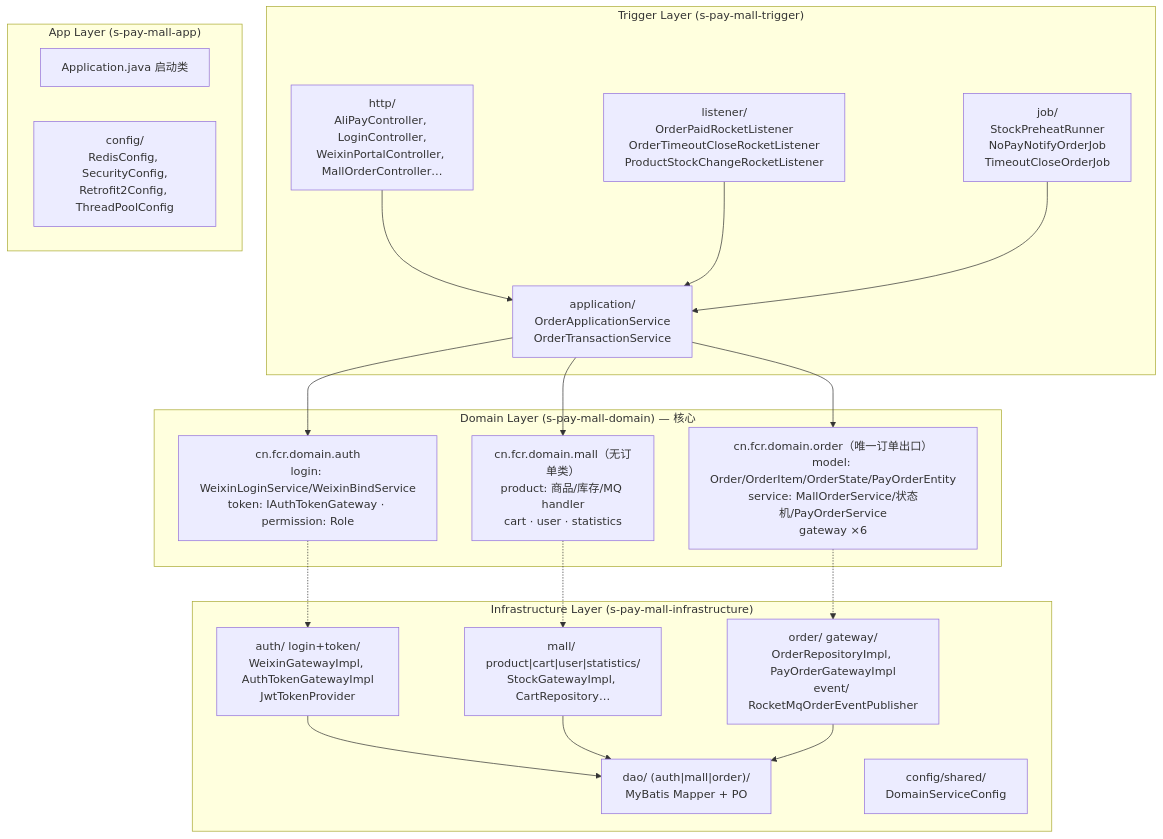
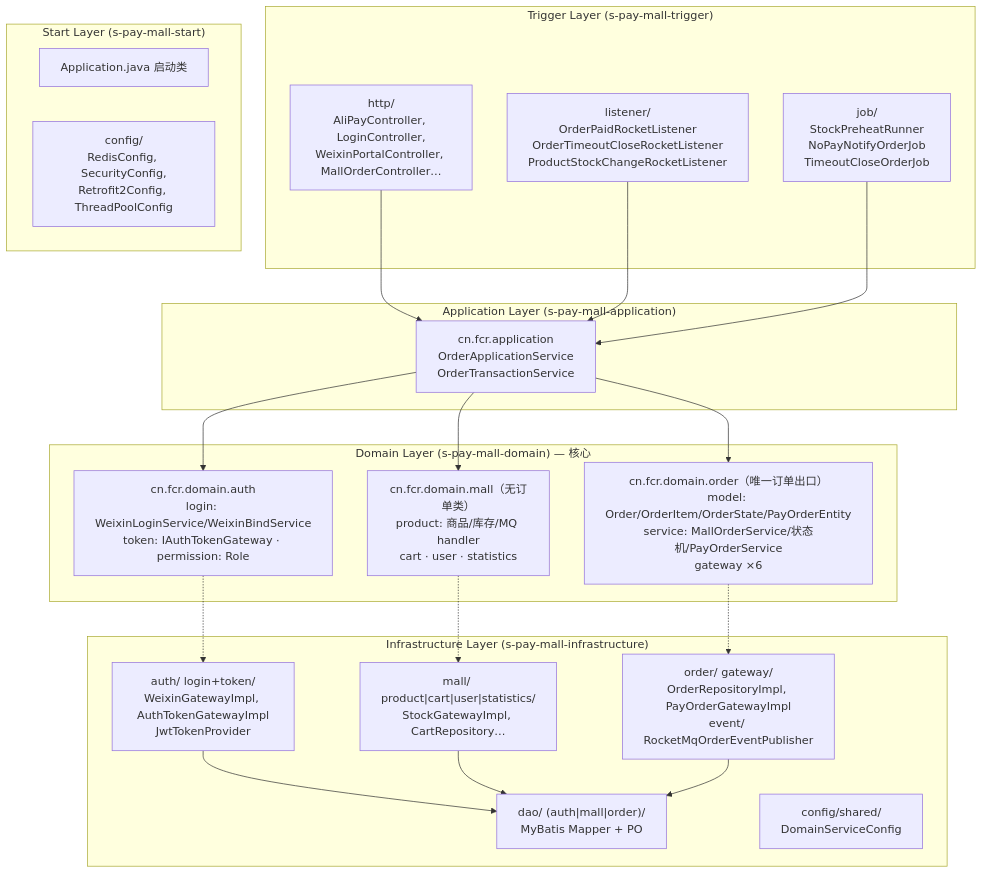
The first of 2 diagrams in docs/design/README.md (sxlva/s-pay-mall), drawn with Mermaid before and after one commit. The commit also changed 45 other files, not shown here.

Commit message:
refactor(arch): P0-2/P0-3 Application 层独立成 s-pay-mall-application 模块，启动模块更名 s-pay-mall-start，认证事务上移至 AuthApplicationService

````diff
--- a/docs/design/README.md
+++ b/docs/design/README.md
@@ -12,41 +12,44 @@
 ```mermaid
 flowchart TB
     subgraph Trigger["Trigger Layer (s-pay-mall-trigger)"]
         T1["http/<br/>AliPayController, LoginController,<br/>WeixinPortalController, MallOrderController…"]
         T2["listener/<br/>OrderPaidRocketListener<br/>OrderTimeoutCloseRocketListener<br/>ProductStockChangeRocketListener"]
         T3["job/<br/>StockPreheatRunner<br/>NoPayNotifyOrderJob<br/>TimeoutCloseOrderJob"]
-        T4["application/<br/>OrderApplicationService<br/>OrderTransactionService"]
     end
 
-    subgraph App["App Layer (s-pay-mall-app)"]
+    subgraph App["Application Layer (s-pay-mall-application)"]
+        T4["cn.fcr.application<br/>OrderApplicationService<br/>OrderTransactionService"]
+    end
+
+    subgraph Start["Start Layer (s-pay-mall-start)"]
         A1["Application.java 启动类"]
         A2["config/<br/>RedisConfig, SecurityConfig,<br/>Retrofit2Config, ThreadPoolConfig"]
     end
 
     subgraph Domain["Domain Layer (s-pay-mall-domain) — 核心"]
         D1["cn.fcr.domain.auth<br/>login: WeixinLoginService/WeixinBindService<br/>token: IAuthTokenGateway · permission: Role"]
         D2["cn.fcr.domain.mall（无订单类）<br/>product: 商品/库存/MQ handler<br/>cart · user · statistics"]
         D3["cn.fcr.domain.order（唯一订单出口）<br/>model: Order/OrderItem/OrderState/PayOrderEntity<br/>service: MallOrderService/状态机/PayOrderService<br/>gateway ×6"]
     end
 
     subgraph Infra["Infrastructure Layer (s-pay-mall-infrastructure)"]
         I1["auth/ login+token/<br/>WeixinGatewayImpl, AuthTokenGatewayImpl<br/>JwtTokenProvider"]
         I2["mall/ product|cart|user|statistics/<br/>StockGatewayImpl, CartRepository…"]
         I3["order/ gateway/<br/>OrderRepositoryImpl, PayOrderGatewayImpl<br/>event/ RocketMqOrderEventPublisher"]
         I4["dao/ (auth|mall|order)/<br/>MyBatis Mapper + PO"]
         I5["config/shared/<br/>DomainServiceConfig"]
     end
 
     T1 --> T4
     T2 --> T4
     T3 --> T4
     T4 --> D1
     T4 --> D2
     T4 --> D3
     D1 -.-> I1
     D2 -.-> I2
     D3 -.-> I3
     I1 --> I4
     I2 --> I4
     I3 --> I4
 ```
````
